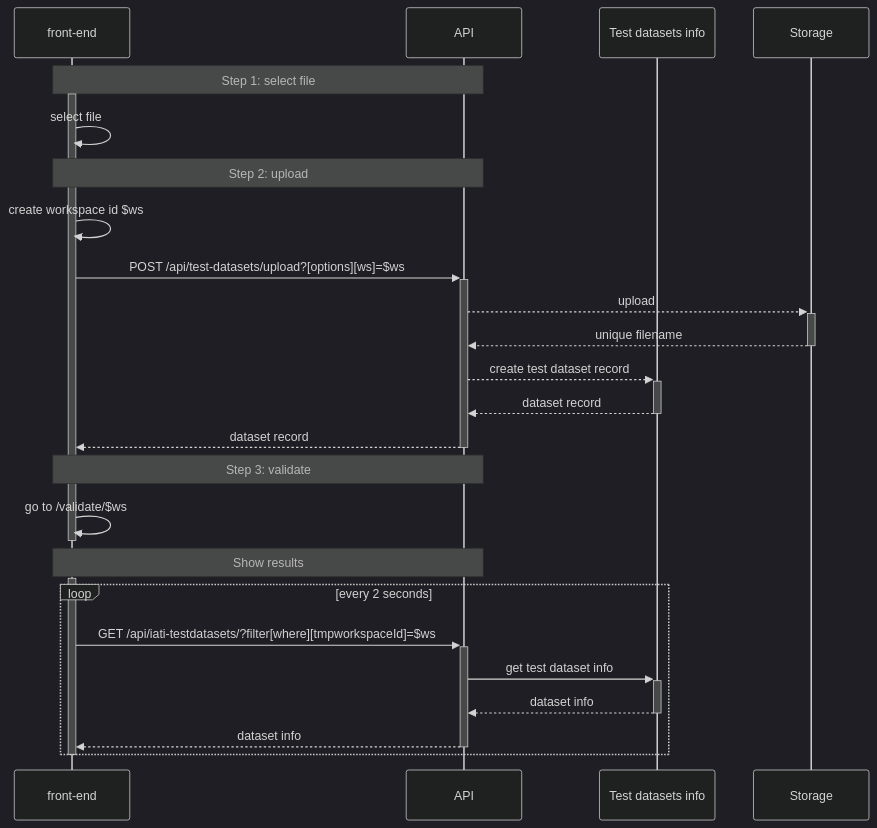
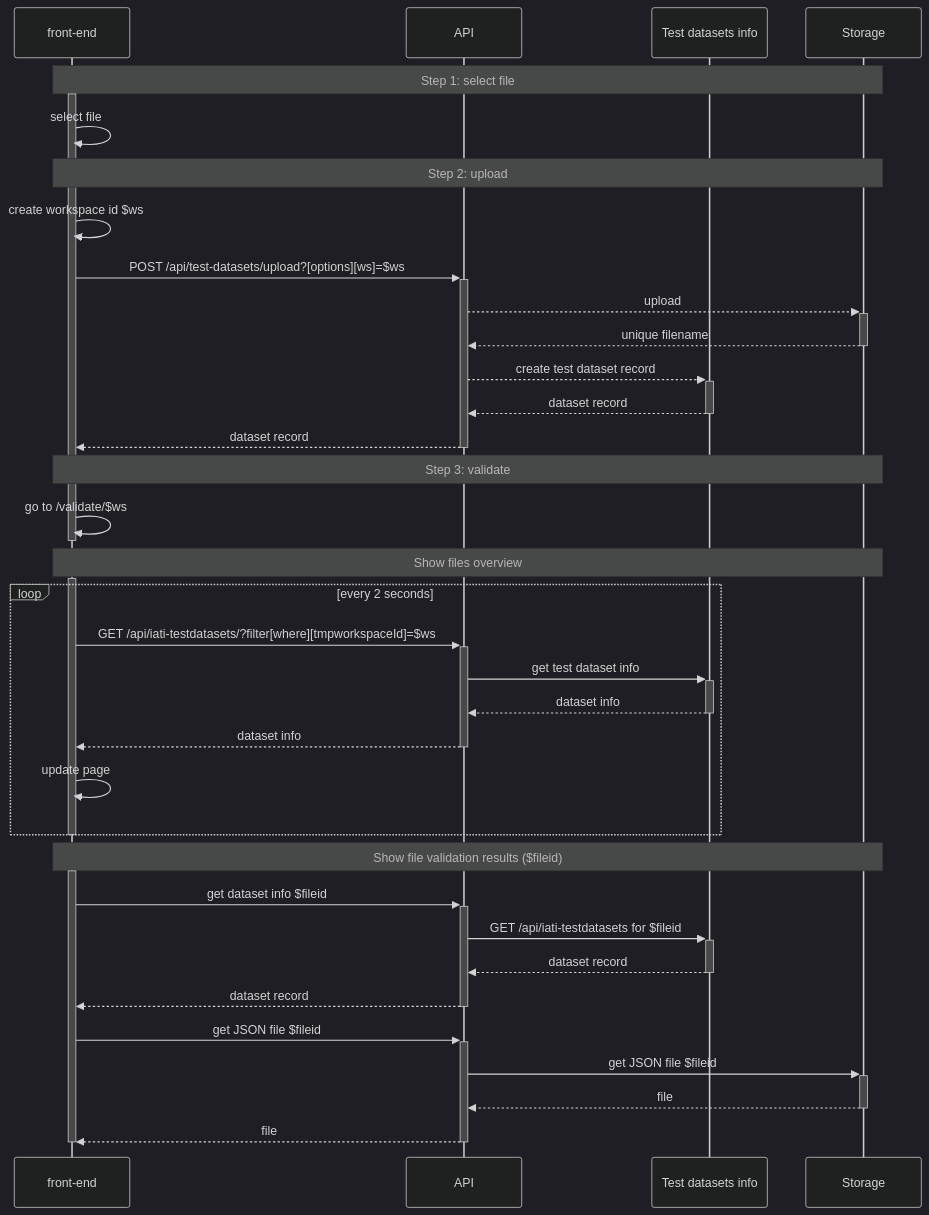
The first of 2 diagrams in docs/validate-file.md (IATI/IATI-Validator-Web), drawn with Mermaid (dark theme) before and after one commit. The commit also changed other lines of this file, not shown here.

Commit message:
Update front-end docs, minor change in backend

````diff
--- a/docs/validate-file.md
+++ b/docs/validate-file.md
@@ -9,39 +9,52 @@
 ```mermaid
 sequenceDiagram
 	participant FE as front-end
 	participant API
 	participant DS as Test datasets info
 	participant Storage
 	
-	note over FE, API: Step 1: select file
+	note over FE, Storage: Step 1: select file
 	activate FE
 	FE ->> FE: select file
 	
-	note over FE, API: Step 2: upload
+	note over FE, Storage: Step 2: upload
 	FE ->> FE: create workspace id $ws
 	FE ->>+ API: POST /api/test-datasets/upload?[options][ws]=$ws
 	
 	API -->>+ Storage: upload
 	Storage -->>- API: unique filename
 
 	API -->>+ DS: create test dataset record
 	DS -->>- API: dataset record
 	
     API -->>- FE: dataset record
 	
-	note over FE, API: Step 3: validate
+	note over FE, Storage: Step 3: validate
 	
 	FE ->>- FE: go to /validate/$ws
 	
-	note over FE, API: Show results
+	note over FE, Storage: Show files overview
 	activate FE
-	
 	loop every 2 seconds
 		FE ->>+ API: GET /api/iati-testdatasets/?filter[where][tmpworkspaceId]=$ws
 		API ->>+ DS: get test dataset info
 		DS -->>- API: dataset info
 		API -->>- FE: dataset info
-	end
+		
+		FE ->> FE: update page
+	end	
+	deactivate FE
 	
+	note over FE, Storage: Show file validation results ($fileid)
+	activate FE
+	FE ->>+ API: get dataset info $fileid
+	API ->>+ DS: GET /api/iati-testdatasets for $fileid
+	DS -->>- API: dataset record
+	API -->>- FE: dataset record
+	
+	FE ->>+ API: get JSON file $fileid
+	API ->>+ Storage: get JSON file $fileid
+	Storage -->>- API: file
+	API -->>- FE: file
 	deactivate FE
 ```
````
